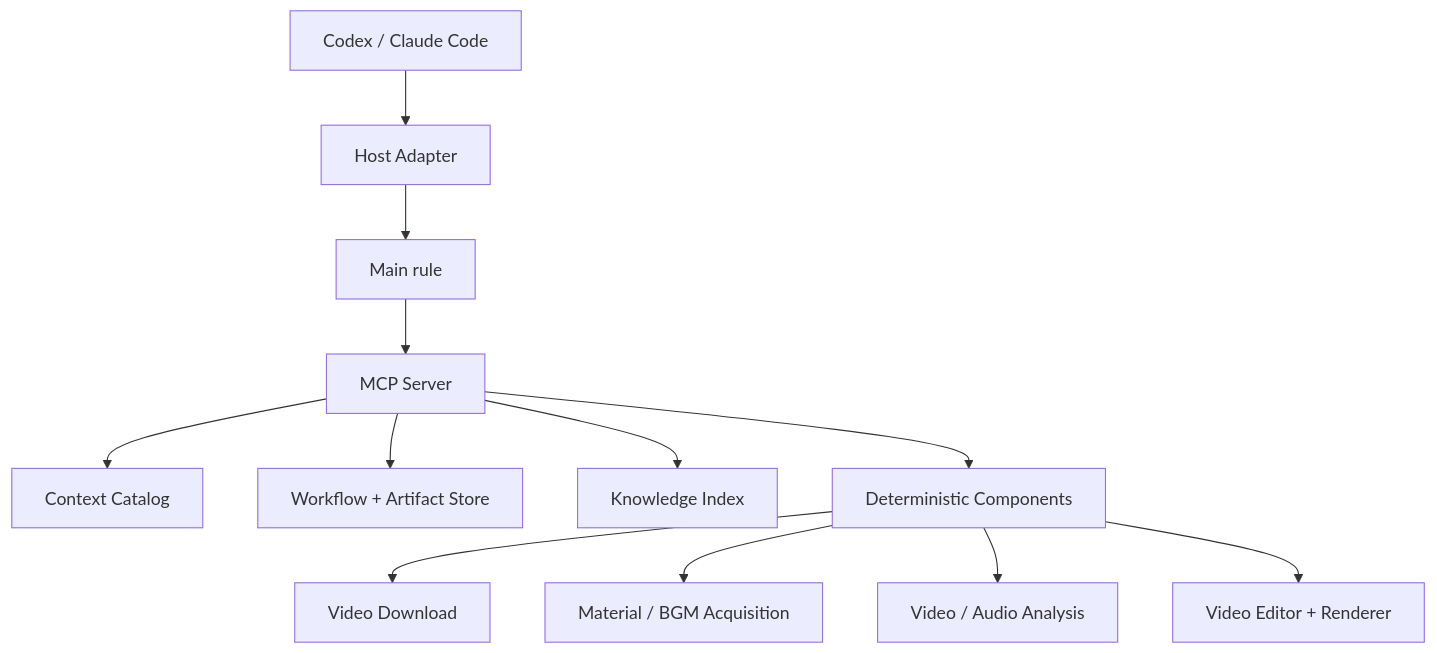
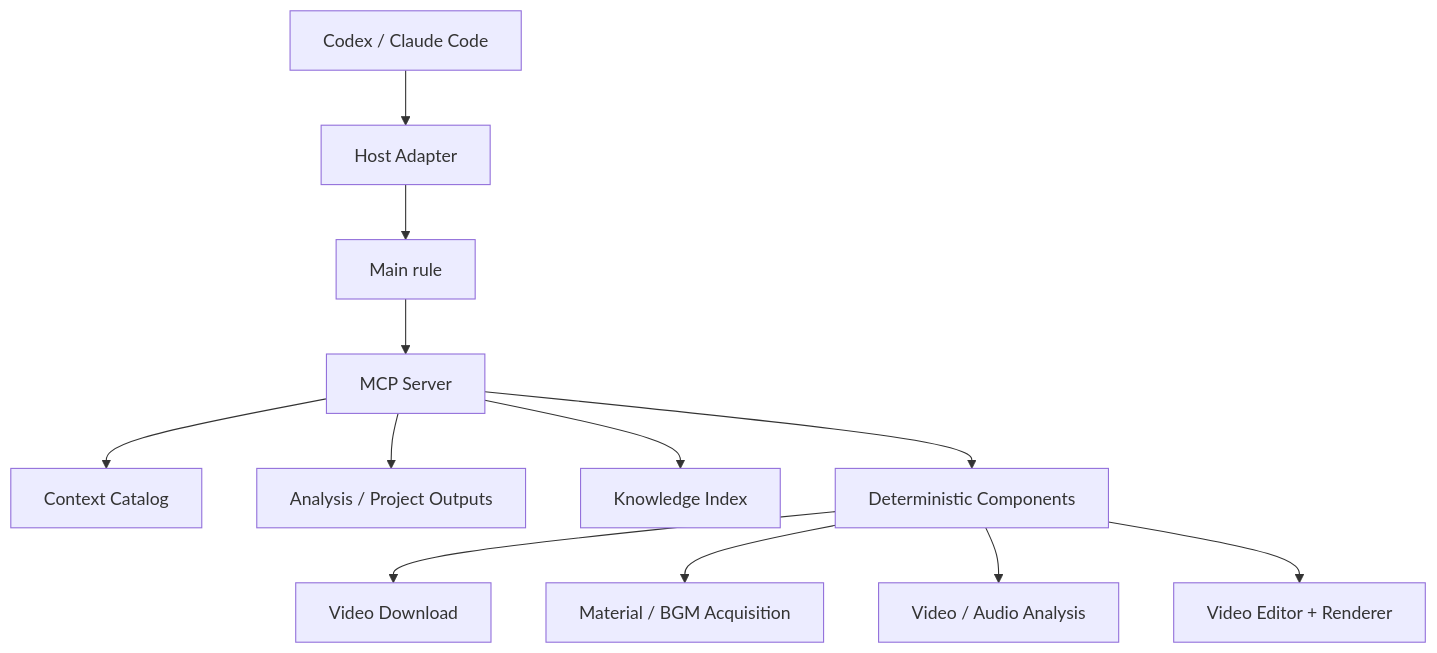
The first of 2 diagrams in docs/架构/剪辑创作插件架构设计.md (guigu856/video-create), drawn with Mermaid before and after one commit. The commit also changed other lines of this file and 68 other files, not shown here.

````diff
--- a/docs/架构/剪辑创作插件架构设计.md
+++ b/docs/架构/剪辑创作插件架构设计.md
@@ -200,14 +194,14 @@
 ```mermaid
 flowchart TD
     H["Codex / Claude Code"] --> A["Host Adapter"]
     A --> R["Main rule"]
     R --> M["MCP Server"]
     M --> C["Context Catalog"]
-    M --> W["Workflow + Artifact Store"]
+    M --> O["Analysis / Project Outputs"]
     M --> K["Knowledge Index"]
     M --> V["Deterministic Components"]
     V --> D["Video Download"]
     V --> MA["Material / BGM Acquisition"]
     V --> AN["Video / Audio Analysis"]
     V --> E["Video Editor + Renderer"]
 ```
````
